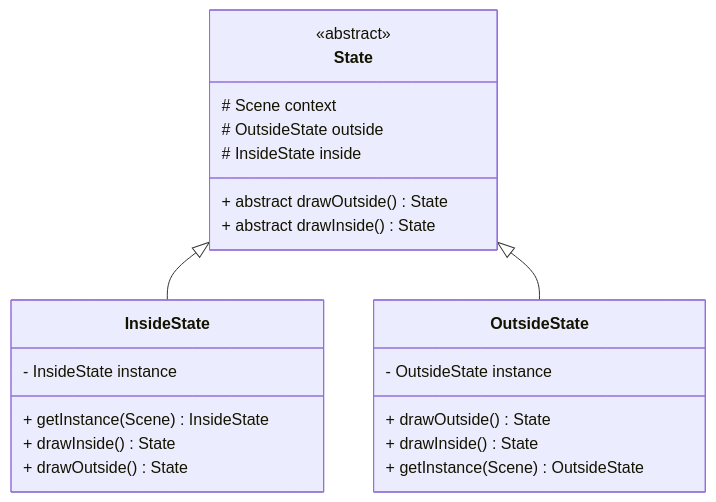
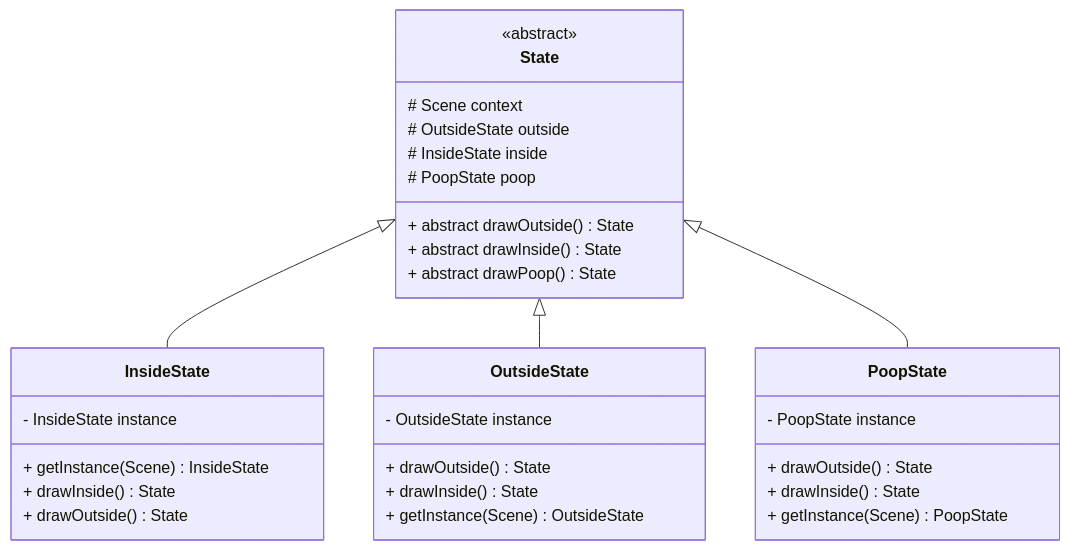
The diagram in src/lab0/graphicState/uml.md (OlePearse-Danker/haw_pr2_lab_reload), drawn with Mermaid before and after one commit. The commit also changed 7 other files, not shown here.

Commit message:
changed uml and background color

`````diff
--- a/src/lab0/graphicState/uml.md
+++ b/src/lab0/graphicState/uml.md
@@ -7,29 +7,38 @@
 ````mermaid
 classDiagram
 direction BT
 class InsideState {
   - InsideState instance
   + getInstance(Scene) InsideState
   + drawInside() State
   + drawOutside() State
 }
 class OutsideState {
   - OutsideState instance
   + drawOutside() State
   + drawInside() State
   + getInstance(Scene) OutsideState
 }
+class PoopState {
+    - PoopState instance
+    + drawOutside() State
+    + drawInside() State
+    + getInstance(Scene) PoopState
+}
 
 class State {
     <<abstract>>
   # Scene context
   # OutsideState outside
   # InsideState inside
+  # PoopState poop
   + abstract drawOutside() State
   + abstract drawInside() State
+  + abstract drawPoop() State
 }
 
 InsideState  --|>  State 
 OutsideState  --|>  State 
+PoopState --|> State
 
 ````
`````
